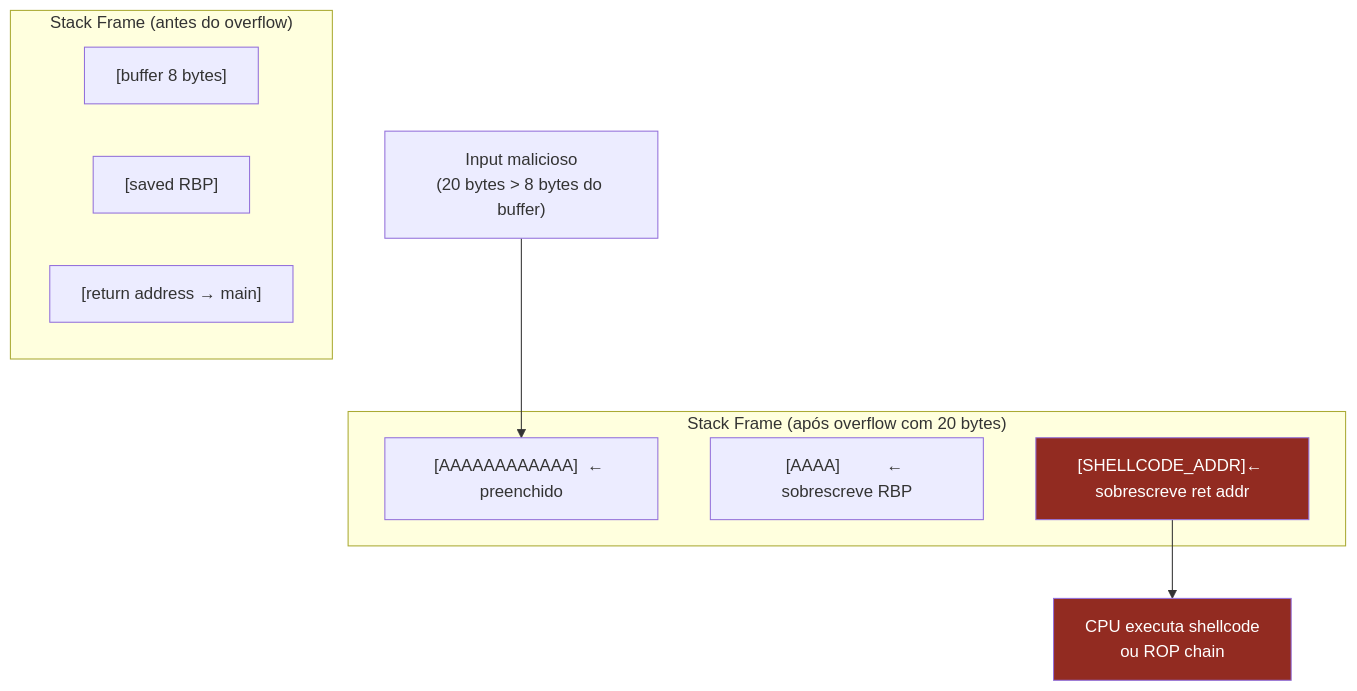
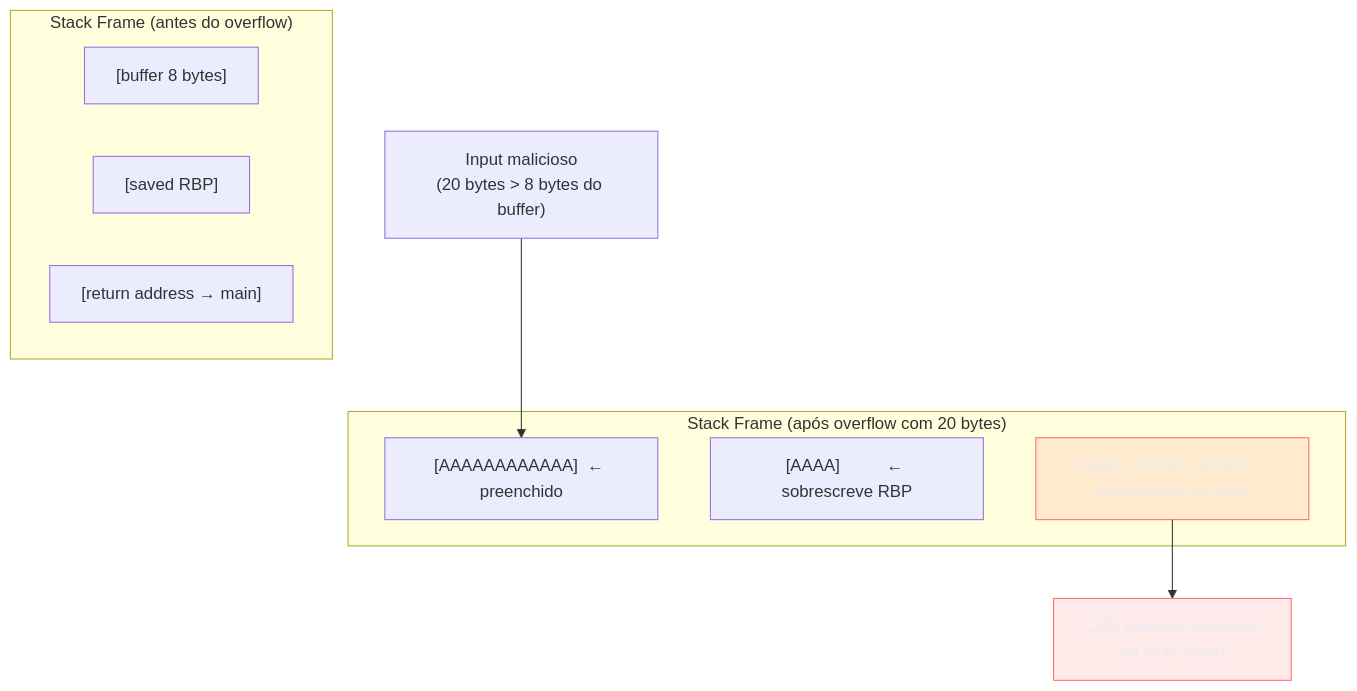
One commit to josenaldo/codex-technomanticus changed the third of 6 diagrams in 03-Dominios/Engenharia/Segurança/16 - Classes de vulnerabilidade.md. Above: the diagram before and after it, drawn with Mermaid. The commit also changed other lines of this file and 1181 other files, not shown here.

First line of the commit message:
fix(diagramas): paleta do sistema no lugar de cor cravada no markdown

````diff
--- a/03-Dominios/Engenharia/Segurança/16 - Classes de vulnerabilidade.md
+++ b/03-Dominios/Engenharia/Segurança/16 - Classes de vulnerabilidade.md
@@ -140,20 +143,21 @@
 ```mermaid
 flowchart TD
+    classDef falha fill:#FF6B6B24,stroke:#FF6B6B,color:#E9ECF2
     subgraph "Stack Frame (antes do overflow)"
         A["[buffer 8 bytes]"]
         B["[saved RBP]"]
         C["[return address → main]"]
     end
 
     subgraph "Stack Frame (após overflow com 20 bytes)"
         D["[AAAAAAAAAAAA]  ← preenchido"]
         E["[AAAA]          ← sobrescreve RBP"]
         F["[SHELLCODE_ADDR]← sobrescreve ret addr"]
     end
 
     overflow["Input malicioso\n(20 bytes > 8 bytes do buffer)"] --> D
     F --> exec["CPU executa shellcode\nou ROP chain"]
 
-    style F fill:#922b21,color:#fff
-    style exec fill:#922b21,color:#fff
+    class F falha
+    class exec falha
 ```
````
